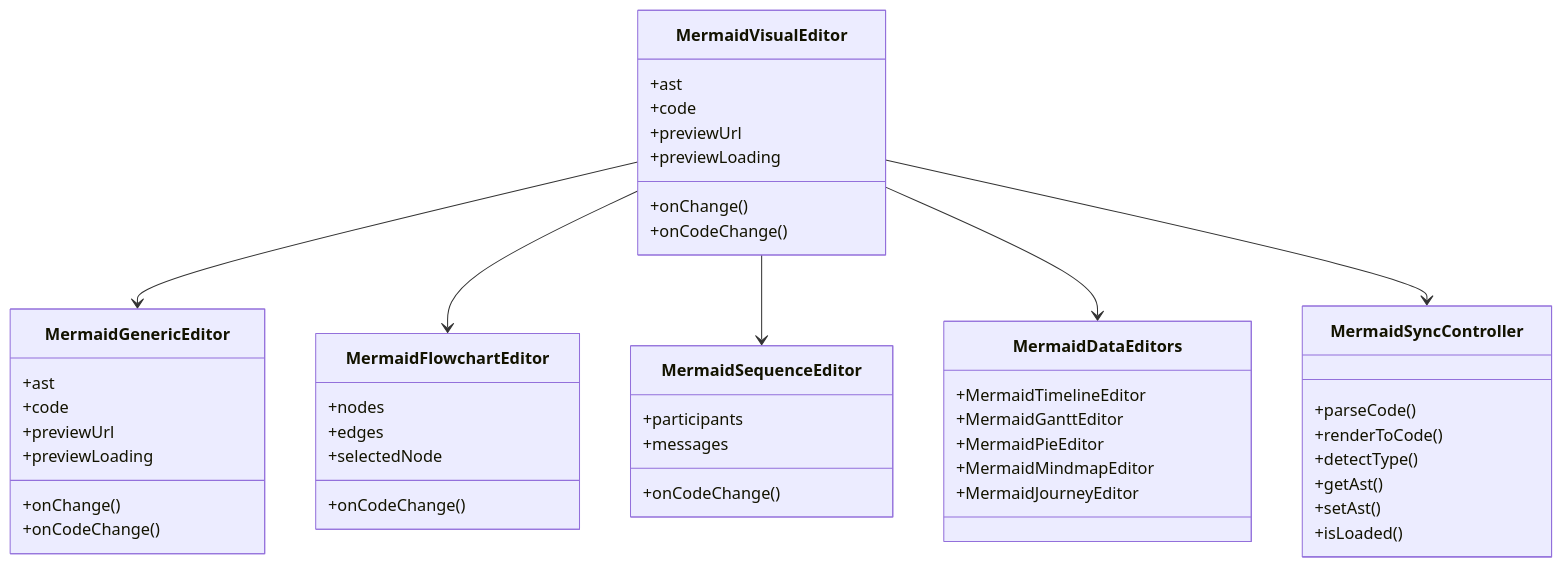
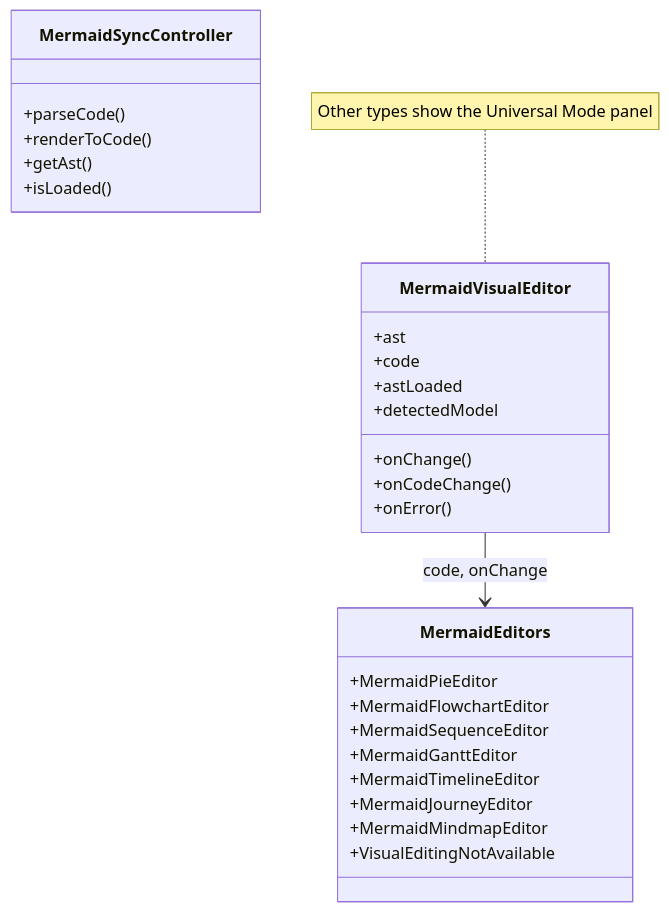
One commit to ongchonghian/universal-diagram-editor changed the fourth of 7 diagrams in .qoder/repowiki/en/content/Diagram Types and Formats/Diagram Types and Formats.md. Above: the diagram before and after it, drawn with Mermaid. The commit also changed other lines of this file and 31 other files, not shown here.

````diff
--- a/.qoder/repowiki/en/content/Diagram Types and Formats/Diagram Types and Formats.md
+++ b/.qoder/repowiki/en/content/Diagram Types and Formats/Diagram Types and Formats.md
@@ -187,50 +179,30 @@
 ```mermaid
 classDiagram
 class MermaidVisualEditor {
 +ast
 +code
++astLoaded
++detectedModel
 +onChange()
 +onCodeChange()
-+previewUrl
-+previewLoading
++onError()
 }
-class MermaidGenericEditor {
-+ast
-+code
-+onChange()
-+onCodeChange()
-+previewUrl
-+previewLoading
-}
-class MermaidFlowchartEditor {
-+nodes
-+edges
-+selectedNode
-+onCodeChange()
-}
-class MermaidSequenceEditor {
-+participants
-+messages
-+onCodeChange()
-}
-class MermaidDataEditors {
+class MermaidEditors {
++MermaidPieEditor
++MermaidFlowchartEditor
++MermaidSequenceEditor
++MermaidGanttEditor
 +MermaidTimelineEditor
-+MermaidGanttEditor
-+MermaidPieEditor
++MermaidJourneyEditor
 +MermaidMindmapEditor
-+MermaidJourneyEditor
++VisualEditingNotAvailable
 }
 class MermaidSyncController {
 +parseCode()
 +renderToCode()
-+detectType()
 +getAst()
-+setAst()
 +isLoaded()
 }
-MermaidVisualEditor --> MermaidGenericEditor
-MermaidVisualEditor --> MermaidFlowchartEditor
-MermaidVisualEditor --> MermaidSequenceEditor
-MermaidVisualEditor --> MermaidDataEditors
-MermaidVisualEditor --> MermaidSyncController
+MermaidVisualEditor --> MermaidEditors : code, onChange
+note for MermaidVisualEditor "Other types show the Universal Mode panel"
 ```
````
